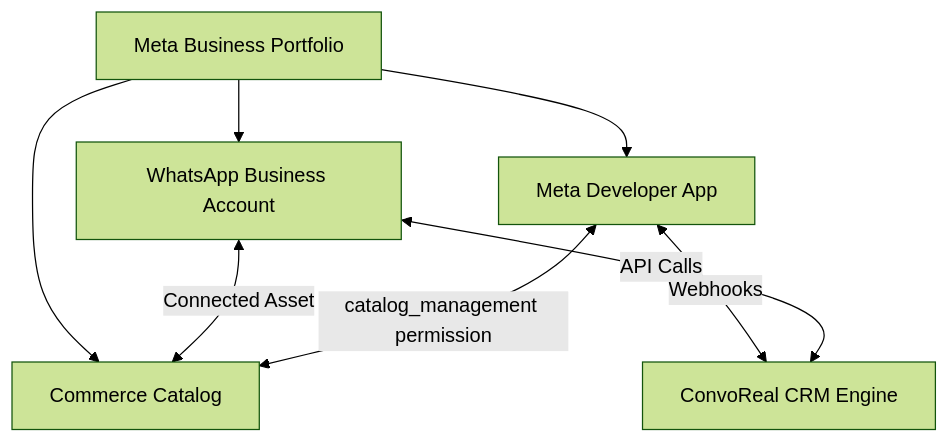
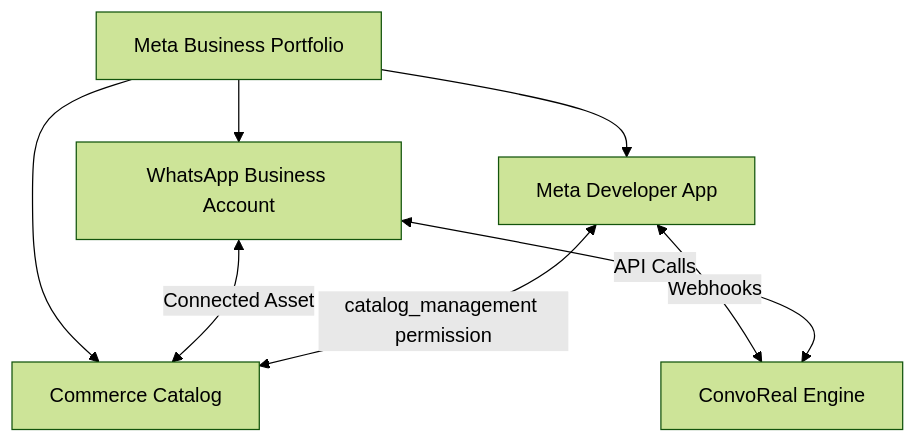
One commit to praneethpvrealty/convoReal changed the diagram in docs/ultimate-whatsapp-onboarding-guide.md. Above: the diagram before and after it, drawn with Mermaid (forest theme). The commit also changed other lines of this file and 157 other files, not shown here.

````diff
--- a/docs/ultimate-whatsapp-onboarding-guide.md
+++ b/docs/ultimate-whatsapp-onboarding-guide.md
@@ -10,10 +10,10 @@
 ```mermaid
 graph TD
     BA[Meta Business Portfolio] --> WA[WhatsApp Business Account]
     BA --> APP[Meta Developer App]
     BA --> CAT[Commerce Catalog]
     WA <-->|Connected Asset| CAT
     APP <-->|catalog_management permission| CAT
-    APP <-->|Webhooks| CRM[ConvoReal CRM Engine]
-    WA <-->|API Calls| CRM
+    APP <-->|Webhooks| Engine[ConvoReal Engine]
+    WA <-->|API Calls| Engine
 ```
````
